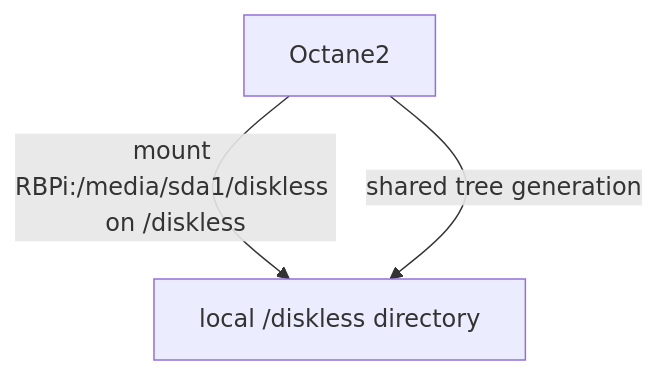
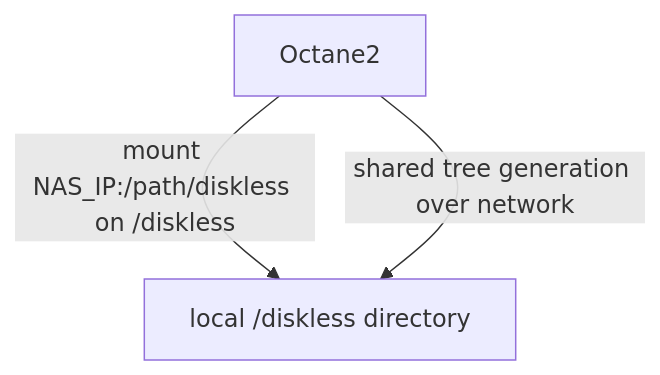
Before and after one commit to Linux-RISC/IRIX-diskless-workstation: the third of 3 diagrams in README.md, drawn with Mermaid. The commit also changed other lines of this file, not shown here.

````diff
--- a/README.md
+++ b/README.md
@@ -70,5 +76,5 @@
 ```mermaid
 graph TD;
-    Octane2--mount RBPi:/media/sda1/diskless on /diskless-->B[local /diskless directory];
-    Octane2--shared tree generation-->B[local /diskless directory];
+    Octane2--mount NAS_IP:/path/diskless on /diskless-->B[local /diskless directory];
+    Octane2--shared tree generation over network-->B[local /diskless directory];
 ```
````
